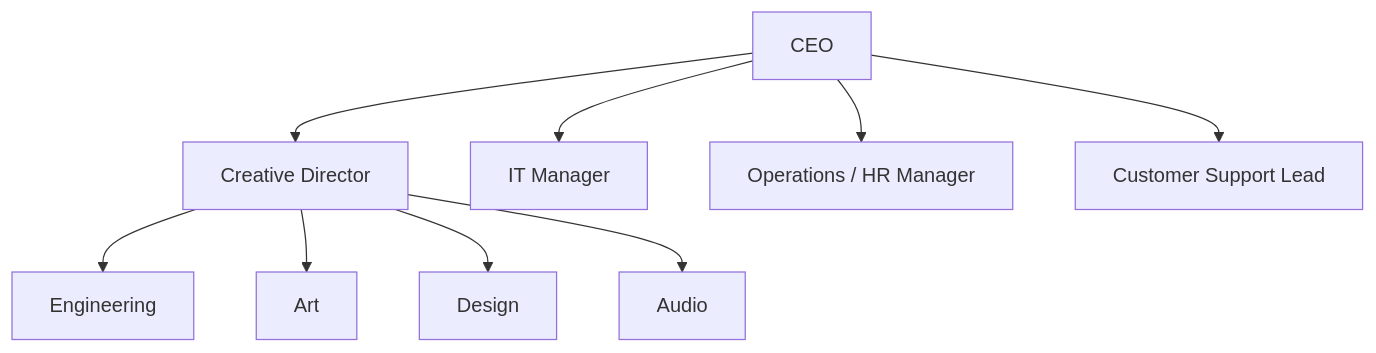
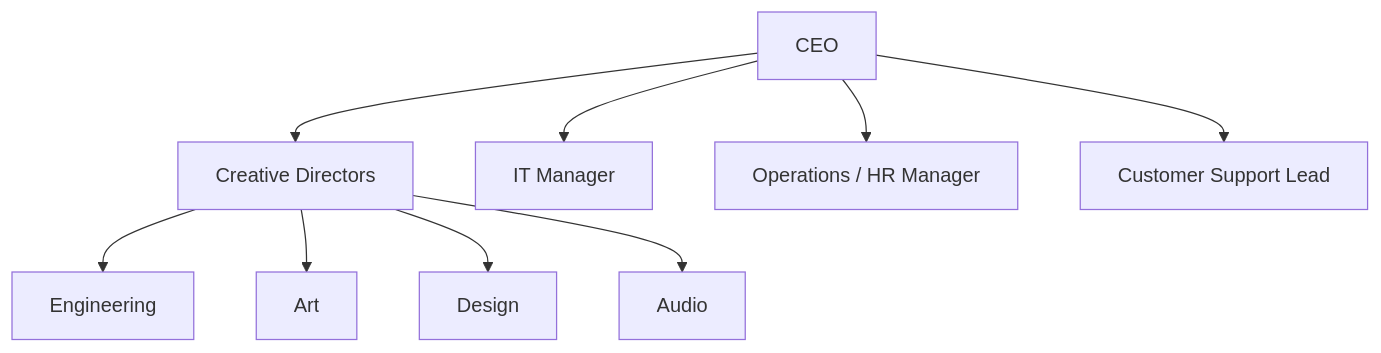
One commit to JonathanGribe/EntraID_projects changed the diagram in entra_project_1/02_entra_project_1_Scenario.md. Above: the diagram before and after it, drawn with Mermaid.

````diff
--- a/entra_project_1/02_entra_project_1_Scenario.md
+++ b/entra_project_1/02_entra_project_1_Scenario.md
@@ -10,22 +10,22 @@
 ```mermaid
 graph TD
     CEO["CEO"]
-    CD["Creative Director"]
+    CD["Creative Directors"]
     ENG["Engineering"]
     ART["Art"]
     DES["Design"]
     AUD["Audio"]
     IT["IT Manager"]
     OPS["Operations / HR Manager"]
     CS["Customer Support Lead"]
 
     CEO --> CD
     CD --> ENG
     CD --> ART
     CD --> DES
     CD --> AUD
 
     CEO --> IT
     CEO --> OPS
     CEO --> CS
 ```
````
